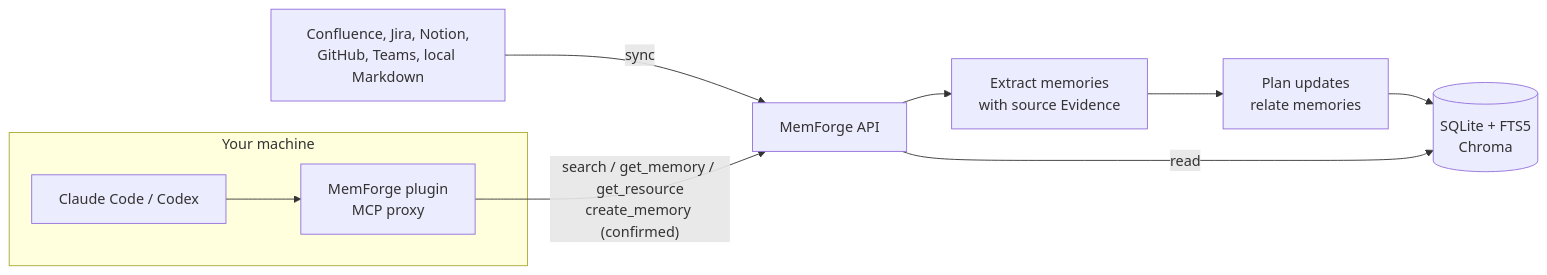
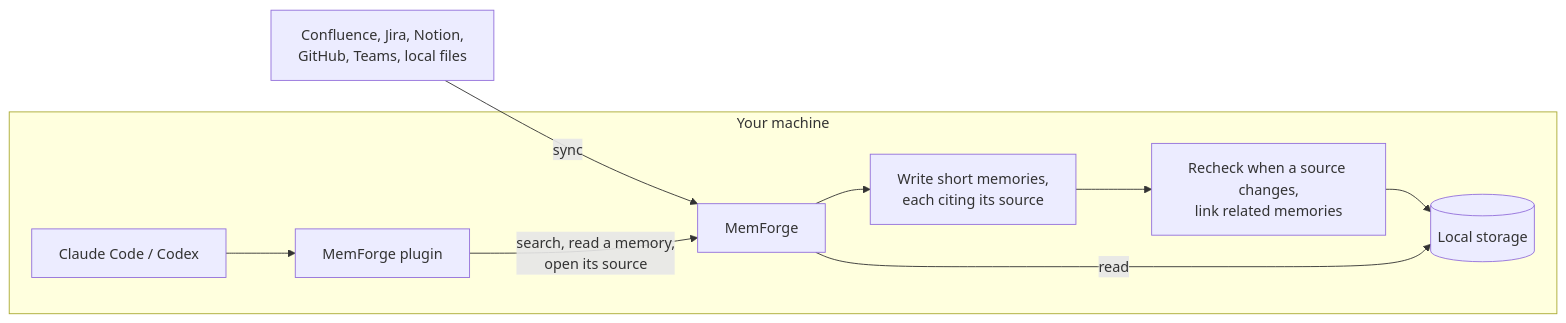
The diagram in README.md (dodo-labs-ai/mem-forge), drawn with Mermaid before and after one commit. The commit also changed other lines of this file and 2 other files, not shown here.

First line of the commit message:
Tell the README's sections as the team's story, and point teams to the Cloud waitlist (#14)

````diff
--- a/README.md
+++ b/README.md
@@ -101,18 +126,18 @@
 ```mermaid
 flowchart LR
   subgraph You["Your machine"]
     CC["Claude Code / Codex"]
-    Plugin["MemForge plugin<br/>MCP proxy"]
+    Plugin["MemForge plugin"]
+    API["MemForge"]
+    Extract["Write short memories,<br/>each citing its source"]
+    Recheck["Recheck when a source changes,<br/>link related memories"]
+    Store[("Local storage")]
   end
-  Docs["Confluence, Jira, Notion,<br/>GitHub, Teams, local Markdown"]
-  API["MemForge API"]
-  Extract["Extract memories<br/>with source Evidence"]
-  Recheck["Plan updates<br/>relate memories"]
-  Store[("SQLite + FTS5<br/>Chroma")]
+  Docs["Confluence, Jira, Notion,<br/>GitHub, Teams, local files"]
 
   CC --> Plugin
   Docs -- "sync" --> API
   API --> Extract --> Recheck --> Store
-  Plugin -- "search / get_memory / get_resource<br/>create_memory (confirmed)" --> API
+  Plugin -- "search, read a memory,<br/>open its source" --> API
   API -- "read" --> Store
 ```
````
